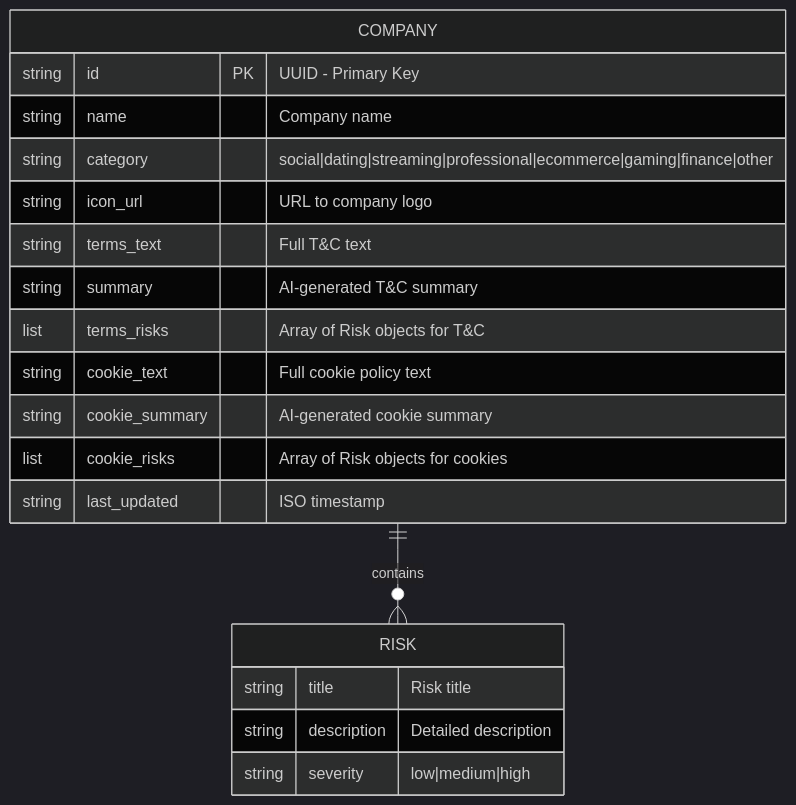
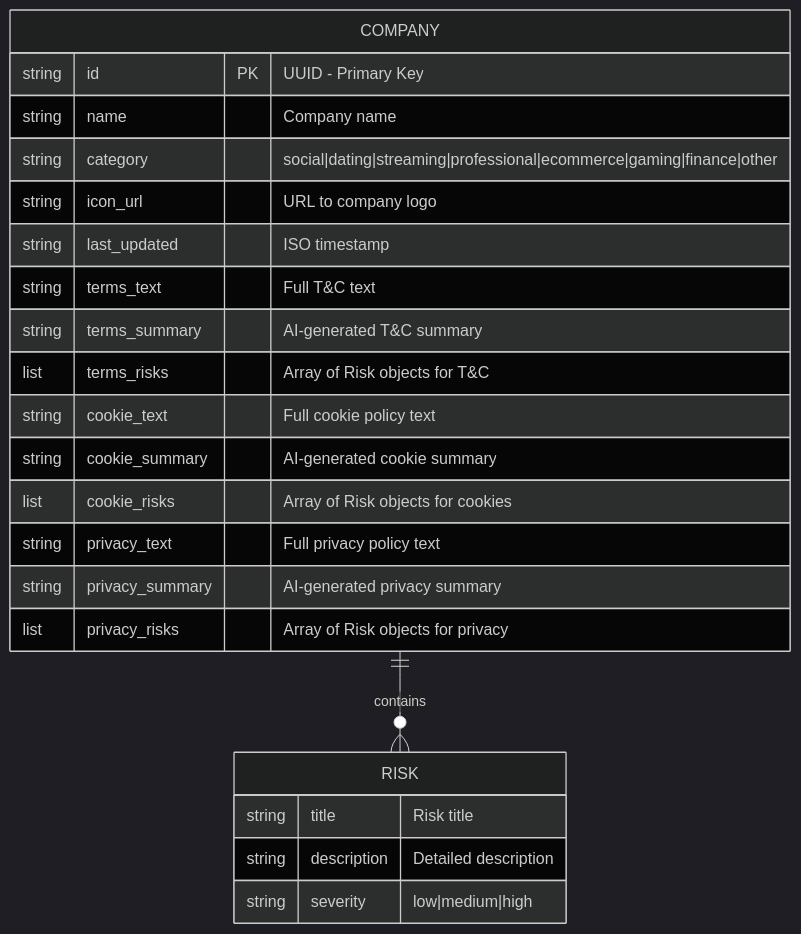
The second of 7 diagrams in docs/DATABASE_AND_RAG.md (AlmazErmilov/aws-hack-prototype-terms-and-conditions-ass), drawn with Mermaid (dark theme) before and after one commit. The commit also changed other lines of this file and 7 other files, not shown here.

First line of the commit message:
Add privacy policy analysis and standardize schema naming

````diff
--- a/docs/DATABASE_AND_RAG.md
+++ b/docs/DATABASE_AND_RAG.md
@@ -76,24 +76,27 @@
 ```mermaid
 erDiagram
     COMPANY {
         string id PK "UUID - Primary Key"
         string name "Company name"
         string category "social|dating|streaming|professional|ecommerce|gaming|finance|other"
         string icon_url "URL to company logo"
+        string last_updated "ISO timestamp"
         string terms_text "Full T&C text"
-        string summary "AI-generated T&C summary"
+        string terms_summary "AI-generated T&C summary"
         list terms_risks "Array of Risk objects for T&C"
         string cookie_text "Full cookie policy text"
         string cookie_summary "AI-generated cookie summary"
         list cookie_risks "Array of Risk objects for cookies"
-        string last_updated "ISO timestamp"
+        string privacy_text "Full privacy policy text"
+        string privacy_summary "AI-generated privacy summary"
+        list privacy_risks "Array of Risk objects for privacy"
     }
 
     RISK {
         string title "Risk title"
         string description "Detailed description"
         string severity "low|medium|high"
     }
 
     COMPANY ||--o{ RISK : contains
 ```
````
